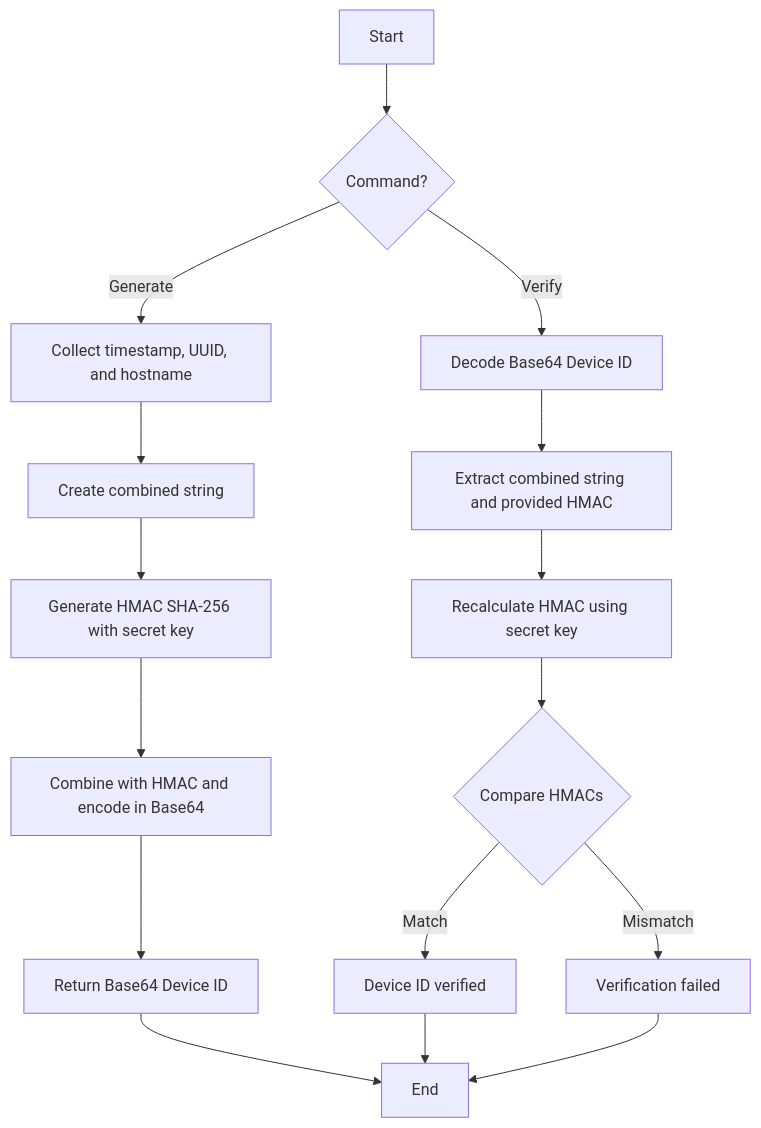
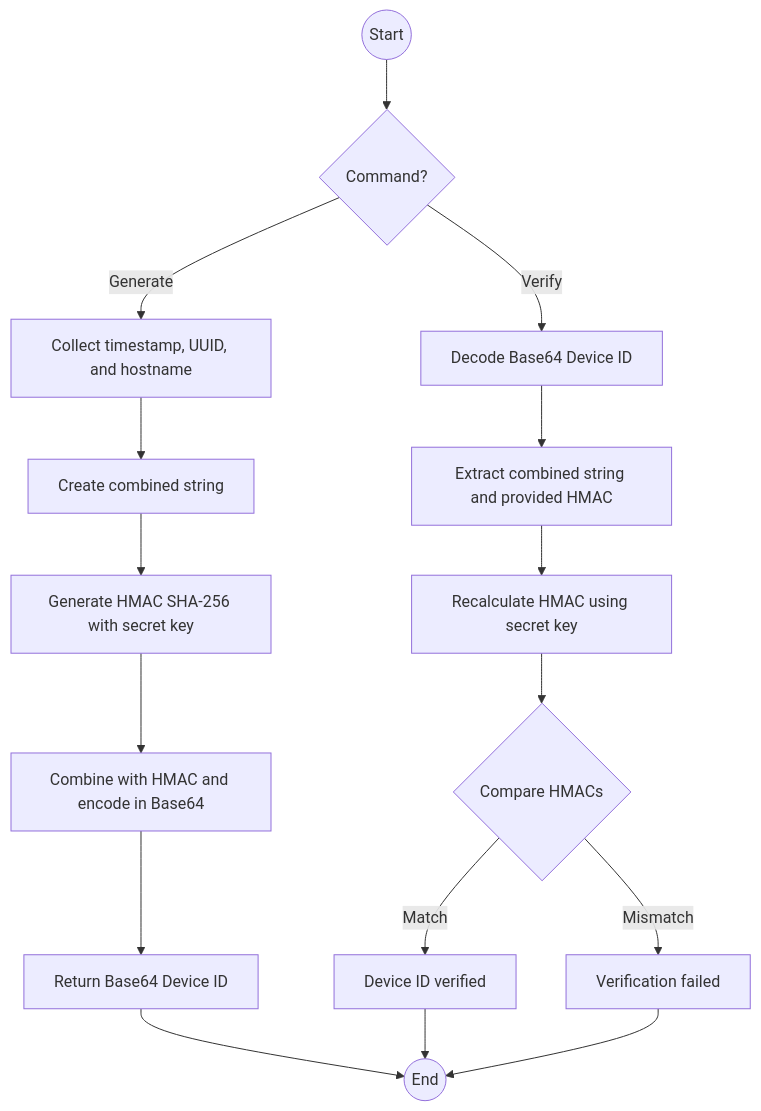
Before and after one commit to amusarra/quarkus-mtls-auth: the third of 12 diagrams in src/main/docs/markdown/article/implementazione_mtls_quarkus.md, drawn with Mermaid. The commit also changed other lines of this file, not shown here.

````diff
--- a/src/main/docs/markdown/article/implementazione_mtls_quarkus.md
+++ b/src/main/docs/markdown/article/implementazione_mtls_quarkus.md
@@ -387,18 +392,18 @@
 ```mermaid
 graph TD
-    A[Start] --> B{Command?}
+    A((Start)) --> B{Command?}
     B --> |Generate| C[Collect timestamp, UUID, and hostname]
     C --> D[Create combined string]
     D --> E[Generate HMAC SHA-256 with secret key]
     E --> F[Combine with HMAC and encode in Base64]
     F --> G[Return Base64 Device ID]
     B --> |Verify| H[Decode Base64 Device ID]
     H --> I[Extract combined string and provided HMAC]
     I --> J[Recalculate HMAC using secret key]
     J --> K{Compare HMACs}
     K --> |Match| L[Device ID verified]
     K --> |Mismatch| M[Verification failed]
-    G --> N[End]
+    G --> N((End))
     L --> N
     M --> N
 ```
````
